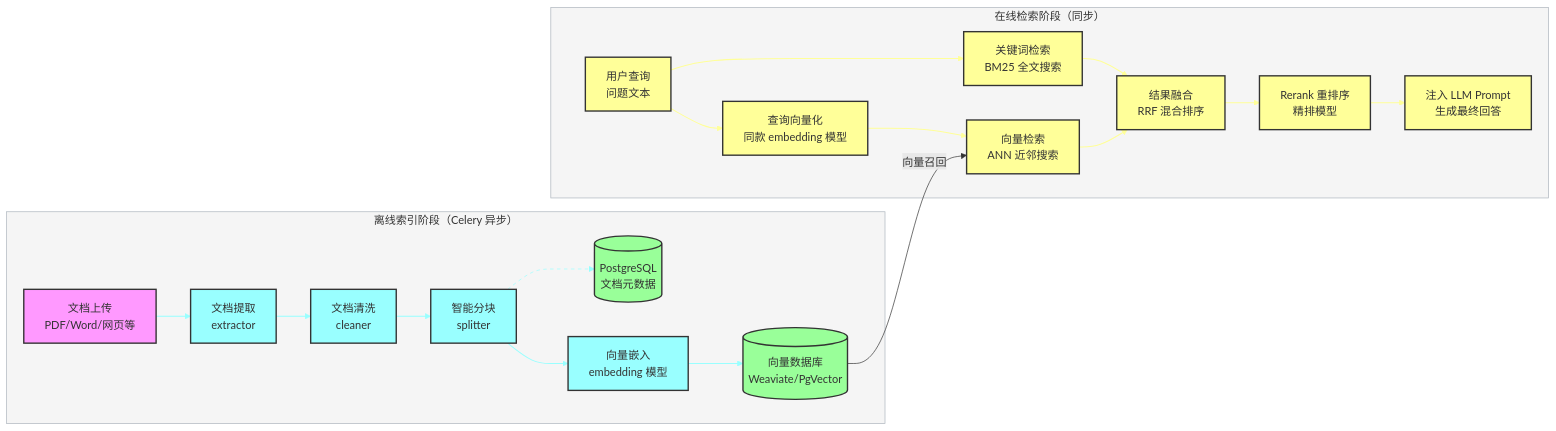
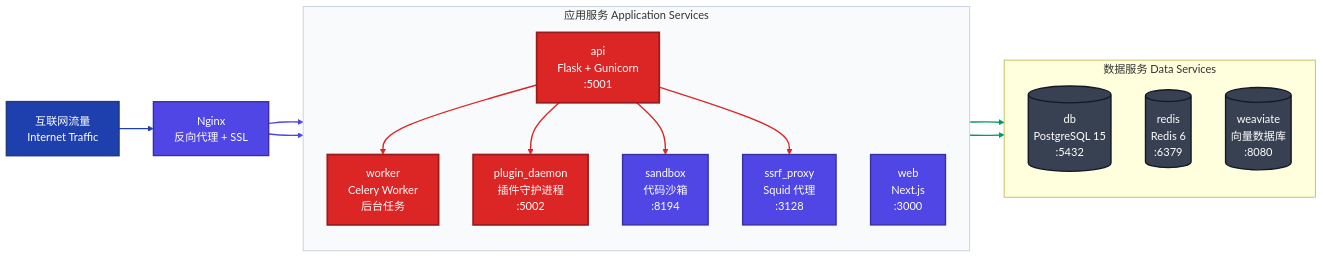
Diagram 12 of 16 in 2.AI 工程/Dify/Dify架构分析文档.md (amuqiao/AI-Engineering-Knowledge-Base), drawn with Mermaid before and after one commit. The commit also changed other lines of this file and 22 other files, not shown here.

````diff
--- a/2.AI 工程/Dify/Dify架构分析文档.md
+++ b/2.AI 工程/Dify/Dify架构分析文档.md
@@ -572,44 +1089,54 @@
 ```mermaid
 flowchart LR
-    classDef uploadStyle fill:#f9f,stroke:#333,stroke-width:2px
-    classDef processStyle fill:#9ff,stroke:#333,stroke-width:2px
-    classDef storeStyle fill:#9f9,stroke:#333,stroke-width:2px
-    classDef queryStyle fill:#ff9,stroke:#333,stroke-width:2px
-    classDef subgraphStyle fill:#f5f5f5,stroke:#adb5bd,stroke-width:1px
+    %% ── 配色定义 ──────────────────────────────────────────────
+    classDef userStyle     fill:#1e40af,stroke:#1e3a8a,stroke-width:2.5px,color:#fff
+    classDef routeStyle    fill:#4f46e5,stroke:#3730a3,stroke-width:2px,color:#fff
+    classDef coreStyle     fill:#dc2626,stroke:#991b1b,stroke-width:2.5px,color:#fff
+    classDef storeStyle    fill:#059669,stroke:#064e3b,stroke-width:2px,color:#fff
+    classDef dbStyle       fill:#374151,stroke:#111827,stroke-width:2px,color:#fff
+    classDef layerStyle    fill:#f8fafc,stroke:#cbd5e0,stroke-width:1.5px
 
-    subgraph indexPhase["离线索引阶段（Celery 异步）"]
-        U1[文档上传<br/>PDF/Word/网页等]:::uploadStyle
-        P1[文档提取<br/>extractor]:::processStyle
-        P2[文档清洗<br/>cleaner]:::processStyle
-        P3[智能分块<br/>splitter]:::processStyle
-        P4[向量嵌入<br/>embedding 模型]:::processStyle
-        S1[(向量数据库<br/>Weaviate/PgVector)]:::storeStyle
-        S2[(PostgreSQL<br/>文档元数据)]:::storeStyle
+    INTERNET["互联网流量<br>Internet Traffic"]:::userStyle
+
+    NGINX["Nginx<br>反向代理 + SSL"]:::routeStyle
+
+    subgraph AppServices["应用服务 Application Services"]
+        direction TB
+        API_SVC["api<br>Flask + Gunicorn<br>:5001"]:::coreStyle
+        WORKER_SVC["worker<br>Celery Worker<br>后台任务"]:::coreStyle
+        WEB_SVC["web<br>Next.js<br>:3000"]:::routeStyle
+        PLUGIN_SVC["plugin_daemon<br>插件守护进程<br>:5002"]:::coreStyle
+        SANDBOX_SVC["sandbox<br>代码沙箱<br>:8194"]:::routeStyle
+        SSRF_SVC["ssrf_proxy<br>Squid 代理<br>:3128"]:::routeStyle
     end
-    class indexPhase subgraphStyle
+    class AppServices layerStyle
 
-    subgraph retrievalPhase["在线检索阶段（同步）"]
-        Q1[用户查询<br/>问题文本]:::queryStyle
-        Q2[查询向量化<br/>同款 embedding 模型]:::queryStyle
-        Q3[向量检索<br/>ANN 近邻搜索]:::queryStyle
-        Q4[关键词检索<br/>BM25 全文搜索]:::queryStyle
-        Q5[结果融合<br/>RRF 混合排序]:::queryStyle
-        Q6[Rerank 重排序<br/>精排模型]:::queryStyle
-        Q7[注入 LLM Prompt<br/>生成最终回答]:::queryStyle
+    subgraph DataServices["数据服务 Data Services"]
+        direction TB
+        PG_SVC[("db<br>PostgreSQL 15<br>:5432")]:::dbStyle
+        REDIS_SVC[("redis<br>Redis 6<br>:6379")]:::dbStyle
+        VDB_SVC[("weaviate<br>向量数据库<br>:8080")]:::dbStyle
     end
-    class retrievalPhase subgraphStyle
+    class DataServices layerStyle
 
-    U1 --> P1 --> P2 --> P3 --> P4 --> S1
-    P3 --> S2
+    INTERNET --> NGINX
+    NGINX --> WEB_SVC
+    NGINX --> API_SVC
+    API_SVC --> WORKER_SVC
+    API_SVC --> PLUGIN_SVC
+    API_SVC --> SANDBOX_SVC
+    API_SVC --> SSRF_SVC
+    API_SVC --> DataServices
+    WORKER_SVC --> DataServices
 
-    Q1 --> Q2 --> Q3
-    Q1 --> Q4
-    Q3 --> Q5
-    Q4 --> Q5
-    Q5 --> Q6 --> Q7
-    S1 -->|向量召回| Q3
-
-    linkStyle 0,1,2,3,4 stroke:#9ff,stroke-width:1.5px
-    linkStyle 5 stroke:#9ff,stroke-width:1px,stroke-dasharray:5
-    linkStyle 6,7,8,9,10,11,12 stroke:#ff9,stroke-width:1.5px
+    %% 边索引：0-8，共 9 条
+    linkStyle 0 stroke:#1e40af,stroke-width:2px
+    linkStyle 1 stroke:#4f46e5,stroke-width:2px
+    linkStyle 2 stroke:#4f46e5,stroke-width:2px
+    linkStyle 3 stroke:#dc2626,stroke-width:2px
+    linkStyle 4 stroke:#dc2626,stroke-width:2px
+    linkStyle 5 stroke:#dc2626,stroke-width:2px
+    linkStyle 6 stroke:#dc2626,stroke-width:2px
+    linkStyle 7 stroke:#059669,stroke-width:2px
+    linkStyle 8 stroke:#059669,stroke-width:2px
 ```
````
